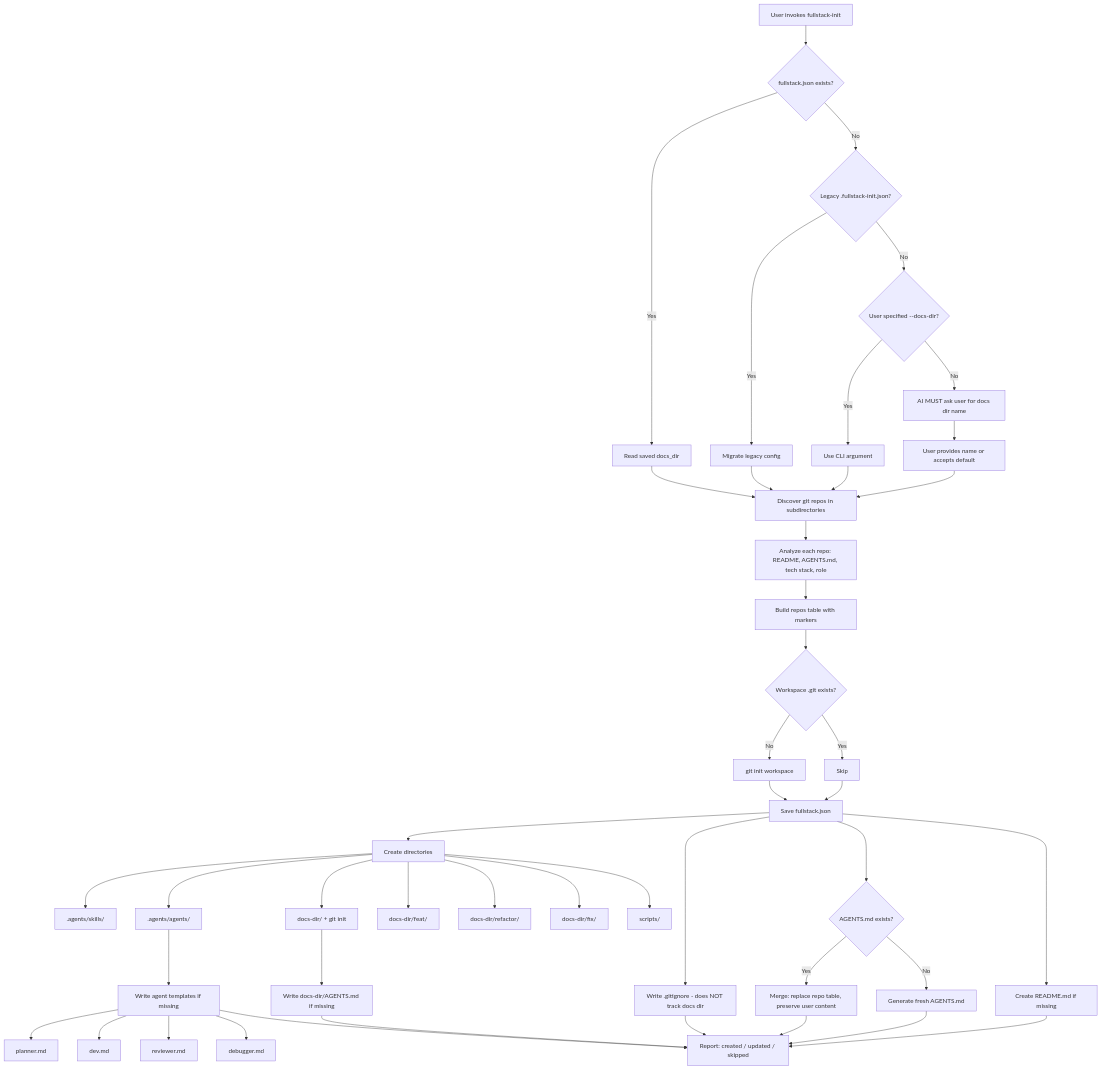
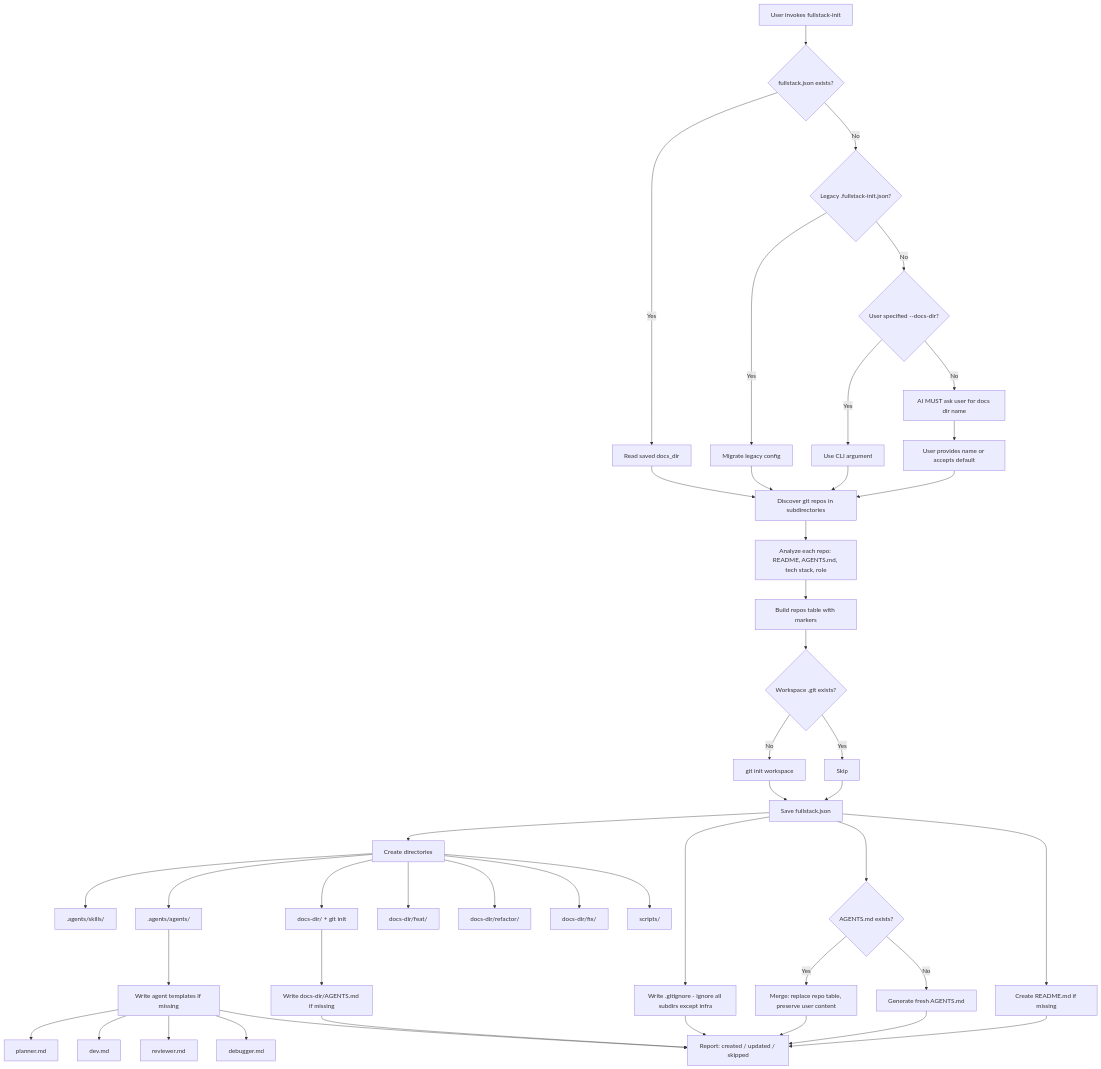
One commit to jie-meng/mythril-agent-skills changed the diagram in docs/fullstack/FULLSTACK-INIT.md. Above: the diagram before and after it, drawn with Mermaid. The commit also changed other lines of this file and 3 other files, not shown here.

First line of the commit message:
[fullstack] Rewrite .gitignore to ignore all subdirs except infra

````diff
--- a/docs/fullstack/FULLSTACK-INIT.md
+++ b/docs/fullstack/FULLSTACK-INIT.md
@@ -29,56 +29,56 @@
 ```mermaid
 flowchart TD
     A[User invokes fullstack-init] --> B{fullstack.json exists?}
     B -- Yes --> C[Read saved docs_dir]
     B -- No --> D{Legacy .fullstack-init.json?}
     D -- Yes --> E[Migrate legacy config]
     D -- No --> F{User specified --docs-dir?}
     F -- Yes --> G[Use CLI argument]
     F -- No --> H[AI MUST ask user for docs dir name]
     H --> I[User provides name or accepts default]
 
     C --> J[Discover git repos in subdirectories]
     E --> J
     G --> J
     I --> J
 
     J --> K[Analyze each repo: README, AGENTS.md, tech stack, role]
     K --> L[Build repos table with markers]
 
     L --> M{Workspace .git exists?}
     M -- No --> N[git init workspace]
     M -- Yes --> O[Skip]
 
     N --> P[Save fullstack.json]
     O --> P
 
     P --> Q[Create directories]
     Q --> Q1[.agents/skills/]
     Q --> Q2[.agents/agents/]
     Q --> Q3["docs-dir/ + git init"]
     Q --> Q4[docs-dir/feat/]
     Q --> Q5[docs-dir/refactor/]
     Q --> Q6[docs-dir/fix/]
     Q --> Q7[scripts/]
 
     Q2 --> R[Write agent templates if missing]
     R --> R1[planner.md]
     R --> R2[dev.md]
     R --> R3[reviewer.md]
     R --> R4[debugger.md]
 
     Q3 --> S[Write docs-dir/AGENTS.md if missing]
 
-    P --> T[Write .gitignore - does NOT track docs dir]
+    P --> T[Write .gitignore - ignore all subdirs except infra]
     P --> U{AGENTS.md exists?}
     U -- Yes --> V[Merge: replace repo table, preserve user content]
     U -- No --> W[Generate fresh AGENTS.md]
     P --> X[Create README.md if missing]
 
     V --> Y[Report: created / updated / skipped]
     W --> Y
     X --> Y
     R --> Y
     S --> Y
     T --> Y
 ```
````
